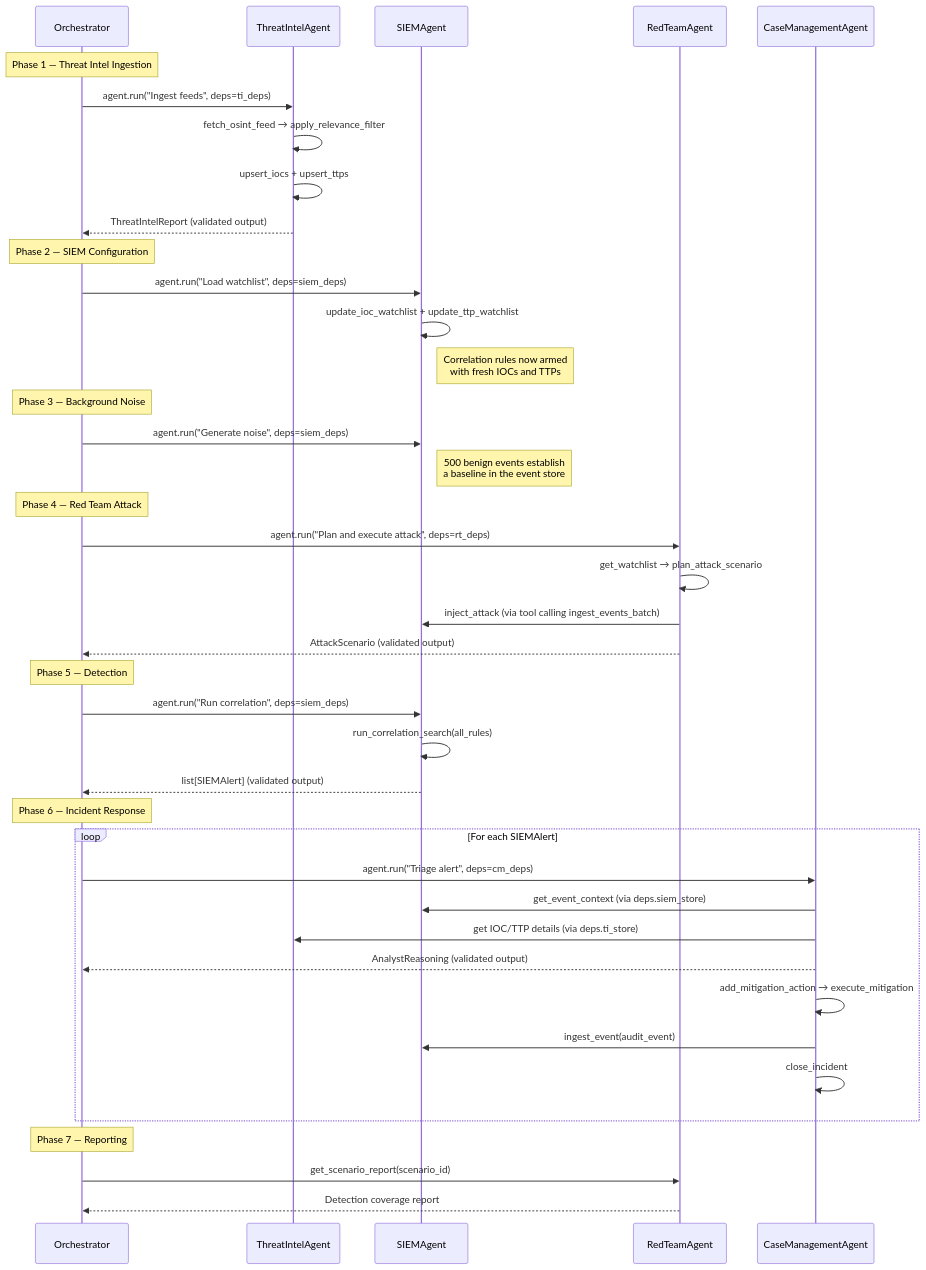
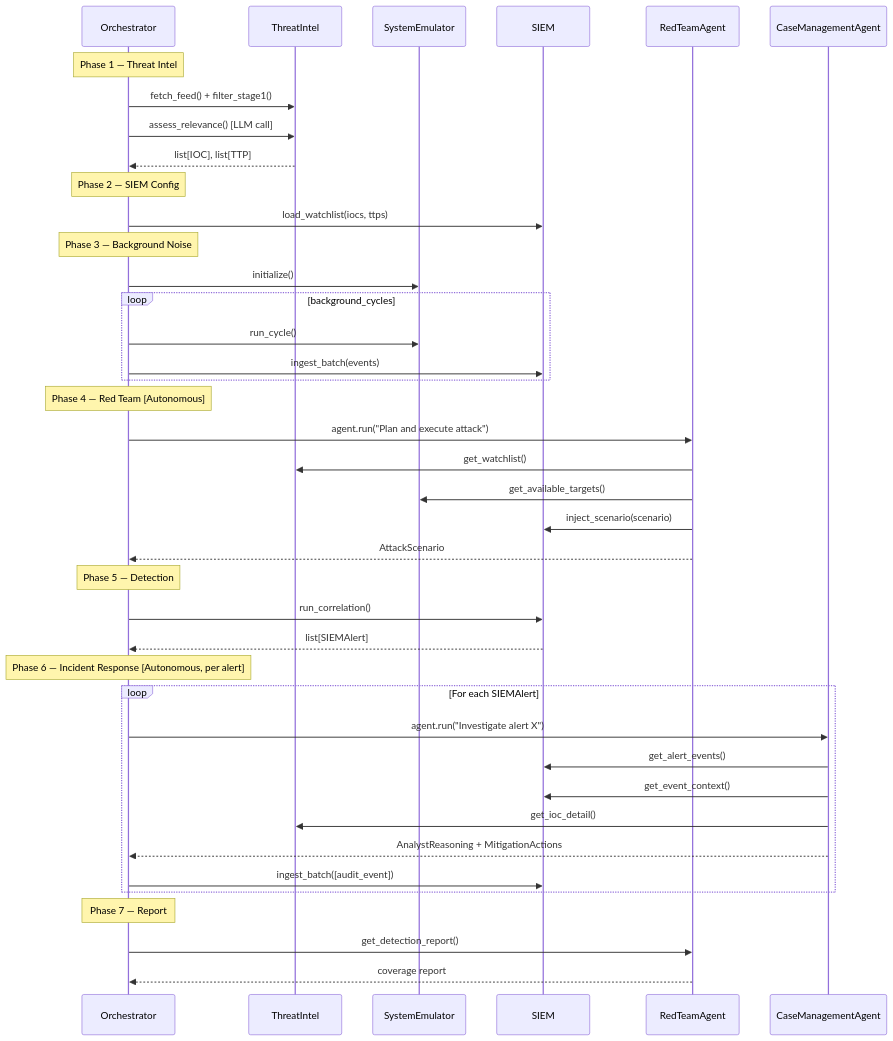
Before and after one commit to b-bogus/auto-soc: the second of 2 diagrams in docs/technical_specification.md, drawn with Mermaid. The commit also changed other lines of this file and 17 other files, not shown here.

Commit message:
feat: Implement initial project structure, core models, agents, and update technical specification to reflect the revised architecture.

````diff
--- a/docs/technical_specification.md
+++ b/docs/technical_specification.md
@@ -889,49 +516,49 @@
 ```mermaid
 sequenceDiagram
     participant O as Orchestrator
-    participant TI as ThreatIntelAgent
-    participant SIEM as SIEMAgent
+    participant TI as ThreatIntel
+    participant SE as SystemEmulator
+    participant SIEM as SIEM
     participant RT as RedTeamAgent
     participant CM as CaseManagementAgent
 
-    Note over O: Phase 1 — Threat Intel Ingestion
-    O->>TI: agent.run("Ingest feeds", deps=ti_deps)
-    TI->>TI: fetch_osint_feed → apply_relevance_filter
-    TI->>TI: upsert_iocs + upsert_ttps
-    TI-->>O: ThreatIntelReport (validated output)
+    Note over O: Phase 1 — Threat Intel
+    O->>TI: fetch_feed() + filter_stage1()
+    O->>TI: assess_relevance()  [LLM call]
+    TI-->>O: list[IOC], list[TTP]
 
-    Note over O: Phase 2 — SIEM Configuration
-    O->>SIEM: agent.run("Load watchlist", deps=siem_deps)
-    SIEM->>SIEM: update_ioc_watchlist + update_ttp_watchlist
-    Note right of SIEM: Correlation rules now armed<br/>with fresh IOCs and TTPs
+    Note over O: Phase 2 — SIEM Config
+    O->>SIEM: load_watchlist(iocs, ttps)
 
     Note over O: Phase 3 — Background Noise
-    O->>SIEM: agent.run("Generate noise", deps=siem_deps)
-    Note right of SIEM: 500 benign events establish<br/>a baseline in the event store
+    O->>SE: initialize()
+    loop background_cycles
+        O->>SE: run_cycle()
+        O->>SIEM: ingest_batch(events)
+    end
 
-    Note over O: Phase 4 — Red Team Attack
-    O->>RT: agent.run("Plan and execute attack", deps=rt_deps)
-    RT->>RT: get_watchlist → plan_attack_scenario
-    RT->>SIEM: inject_attack (via tool calling ingest_events_batch)
-    RT-->>O: AttackScenario (validated output)
+    Note over O: Phase 4 — Red Team [Autonomous]
+    O->>RT: agent.run("Plan and execute attack")
+    RT->>TI: get_watchlist()
+    RT->>SE: get_available_targets()
+    RT->>SIEM: inject_scenario(scenario)
+    RT-->>O: AttackScenario
 
     Note over O: Phase 5 — Detection
-    O->>SIEM: agent.run("Run correlation", deps=siem_deps)
-    SIEM->>SIEM: run_correlation_search(all_rules)
-    SIEM-->>O: list[SIEMAlert] (validated output)
+    O->>SIEM: run_correlation()
+    SIEM-->>O: list[SIEMAlert]
 
-    Note over O: Phase 6 — Incident Response
+    Note over O: Phase 6 — Incident Response [Autonomous, per alert]
     loop For each SIEMAlert
-        O->>CM: agent.run("Triage alert", deps=cm_deps)
-        CM->>SIEM: get_event_context (via deps.siem_store)
-        CM->>TI: get IOC/TTP details (via deps.ti_store)
-        CM-->>O: AnalystReasoning (validated output)
-        CM->>CM: add_mitigation_action → execute_mitigation
-        CM->>SIEM: ingest_event(audit_event)
-        CM->>CM: close_incident
+        O->>CM: agent.run("Investigate alert X")
+        CM->>SIEM: get_alert_events()
+        CM->>SIEM: get_event_context()
+        CM->>TI: get_ioc_detail()
+        CM-->>O: AnalystReasoning + MitigationActions
+        O->>SIEM: ingest_batch([audit_event])
     end
 
-    Note over O: Phase 7 — Reporting
-    O->>RT: get_scenario_report(scenario_id)
-    RT-->>O: Detection coverage report
+    Note over O: Phase 7 — Report
+    O->>RT: get_detection_report()
+    RT-->>O: coverage report
 ```
````
